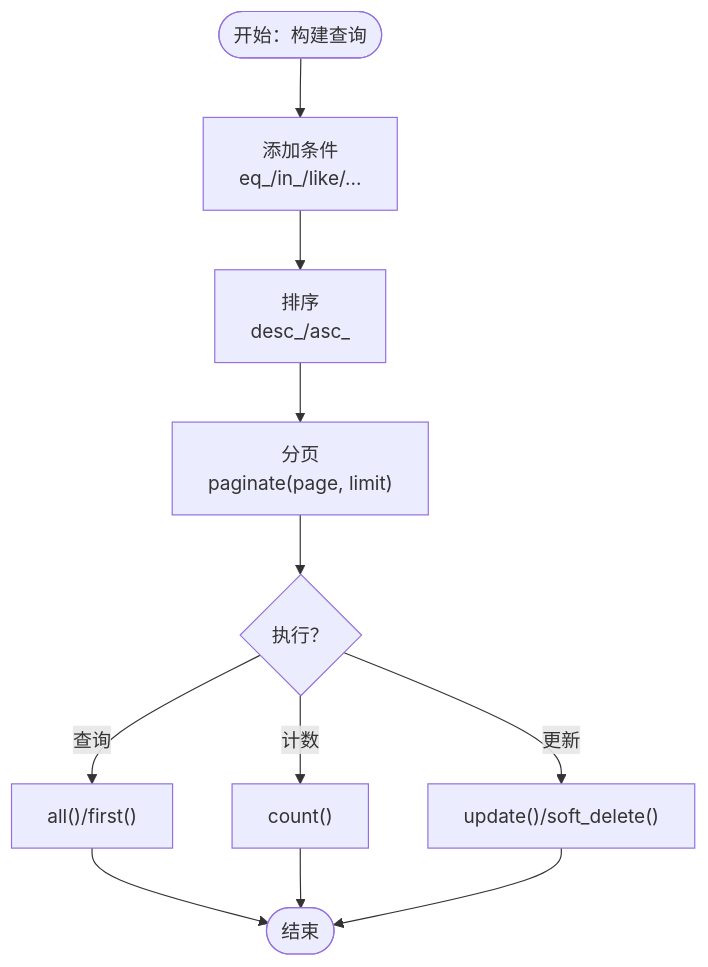
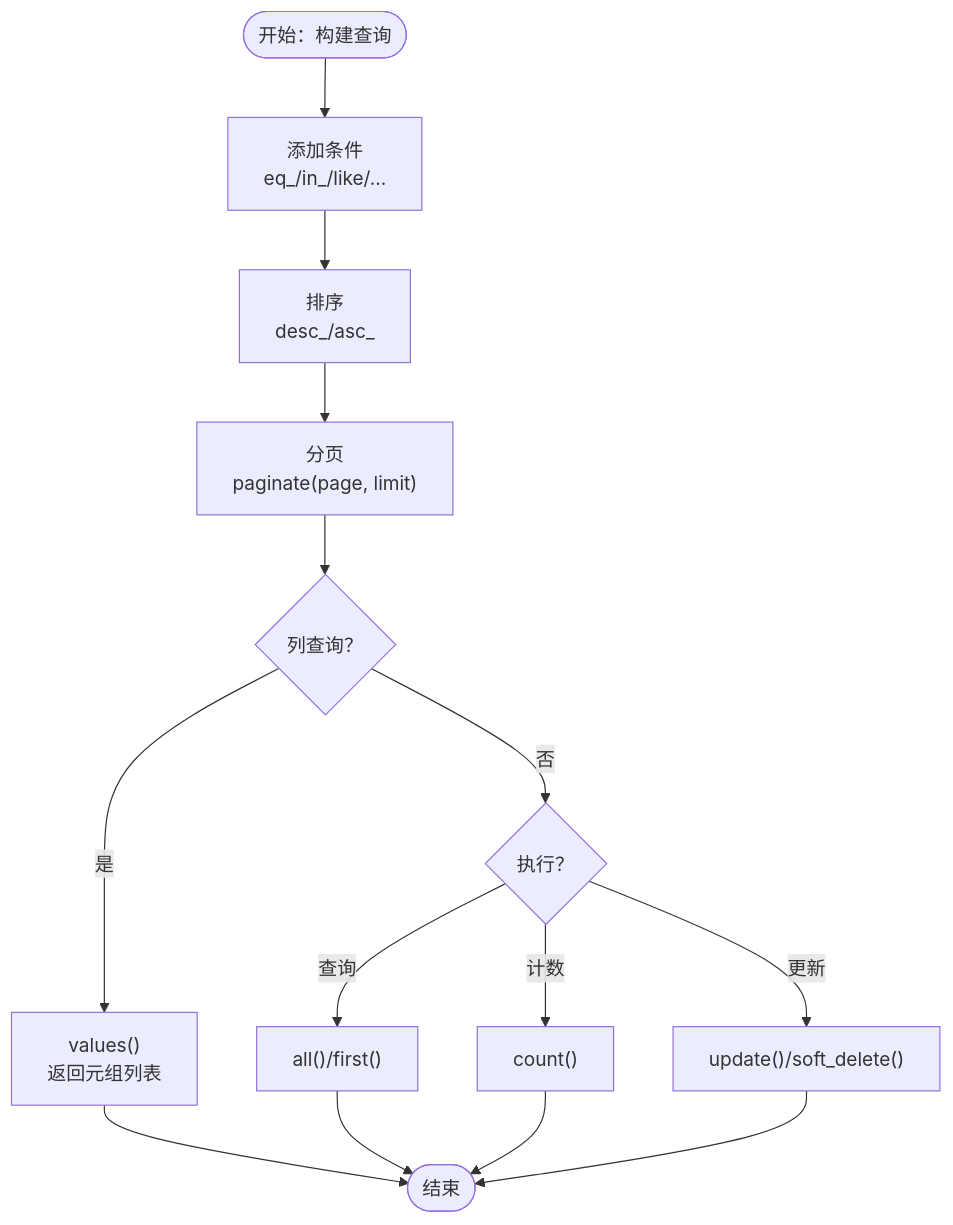
Before and after one commit to lilinzezzzzzz/fastapi-backend: the seventh of 10 diagrams in .qoder/repowiki/zh/content/数据访问层/数据访问层.md, drawn with Mermaid. The commit also changed other lines of this file and 42 other files, not shown here.

````diff
--- a/.qoder/repowiki/zh/content/数据访问层/数据访问层.md
+++ b/.qoder/repowiki/zh/content/数据访问层/数据访问层.md
@@ -202,13 +351,16 @@
 ```mermaid
 flowchart TD
 Start(["开始：构建查询"]) --> Cond["添加条件<br/>eq_/in_/like/..."]
 Cond --> Sort["排序<br/>desc_/asc_"]
 Sort --> Pag["分页<br/>paginate(page, limit)"]
-Pag --> Exec{"执行？"}
+Pag --> ColQuery{"列查询？"}
+ColQuery --> |是| Values["values()<br/>返回元组列表"]
+ColQuery --> |否| Exec{"执行？"}
 Exec --> |查询| ExecQ["all()/first()"]
 Exec --> |计数| ExecC["count()"]
 Exec --> |更新| ExecU["update()/soft_delete()"]
-ExecQ --> End(["结束"])
+Values --> End(["结束"])
+ExecQ --> End
 ExecC --> End
 ExecU --> End
 ```
````
